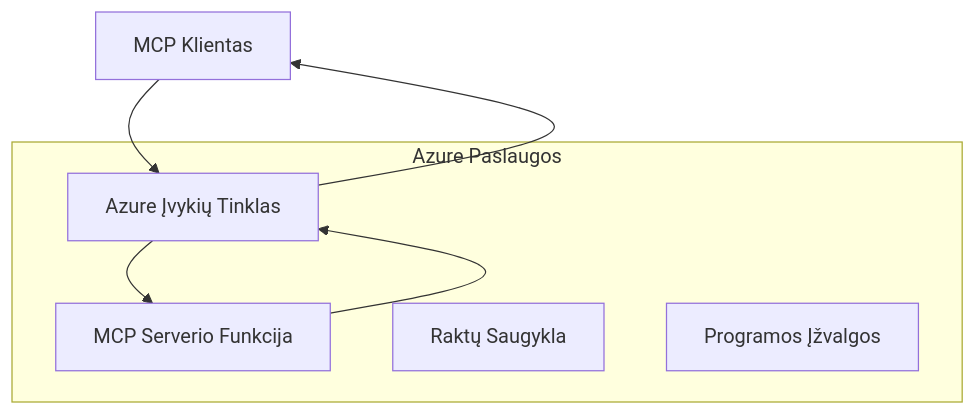
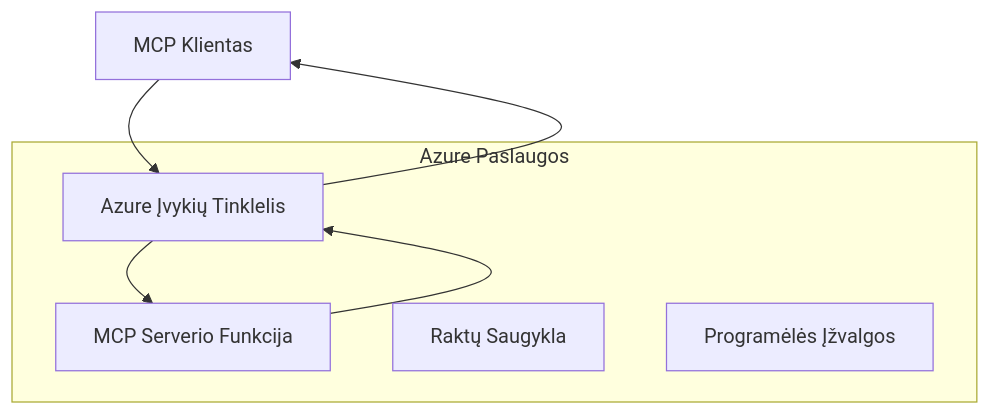
One commit to HIDORAKAI002/ai-workspace-archive changed the first of 2 diagrams in mcp_ecosystem__model_context_protocol/mcp_learning_resources/mcp-for-beginners/translations/lt/05-AdvancedTopics/mcp-transport/README.md. Above: the diagram before and after it, drawn with Mermaid. The commit also changed other lines of this file and 1046 other files, not shown here.

````diff
--- a/mcp_ecosystem__model_context_protocol/mcp_learning_resources/mcp-for-beginners/translations/lt/05-AdvancedTopics/mcp-transport/README.md
+++ b/mcp_ecosystem__model_context_protocol/mcp_learning_resources/mcp-for-beginners/translations/lt/05-AdvancedTopics/mcp-transport/README.md
@@ -58,14 +60,14 @@
 ```mermaid
 graph TB
-    Client[MCP Klientas] --> EG[Azure Įvykių Tinklas]
+    Client[MCP Klientas] --> EG[Azure Įvykių Tinklelis]
     EG --> Server[MCP Serverio Funkcija]
     Server --> EG
     EG --> Client
     
     subgraph "Azure Paslaugos"
         EG
         Server
         KV[Raktų Saugykla]
-        Monitor[Programos Įžvalgos]
+        Monitor[Programėlės Įžvalgos]
     end
 ```
````
